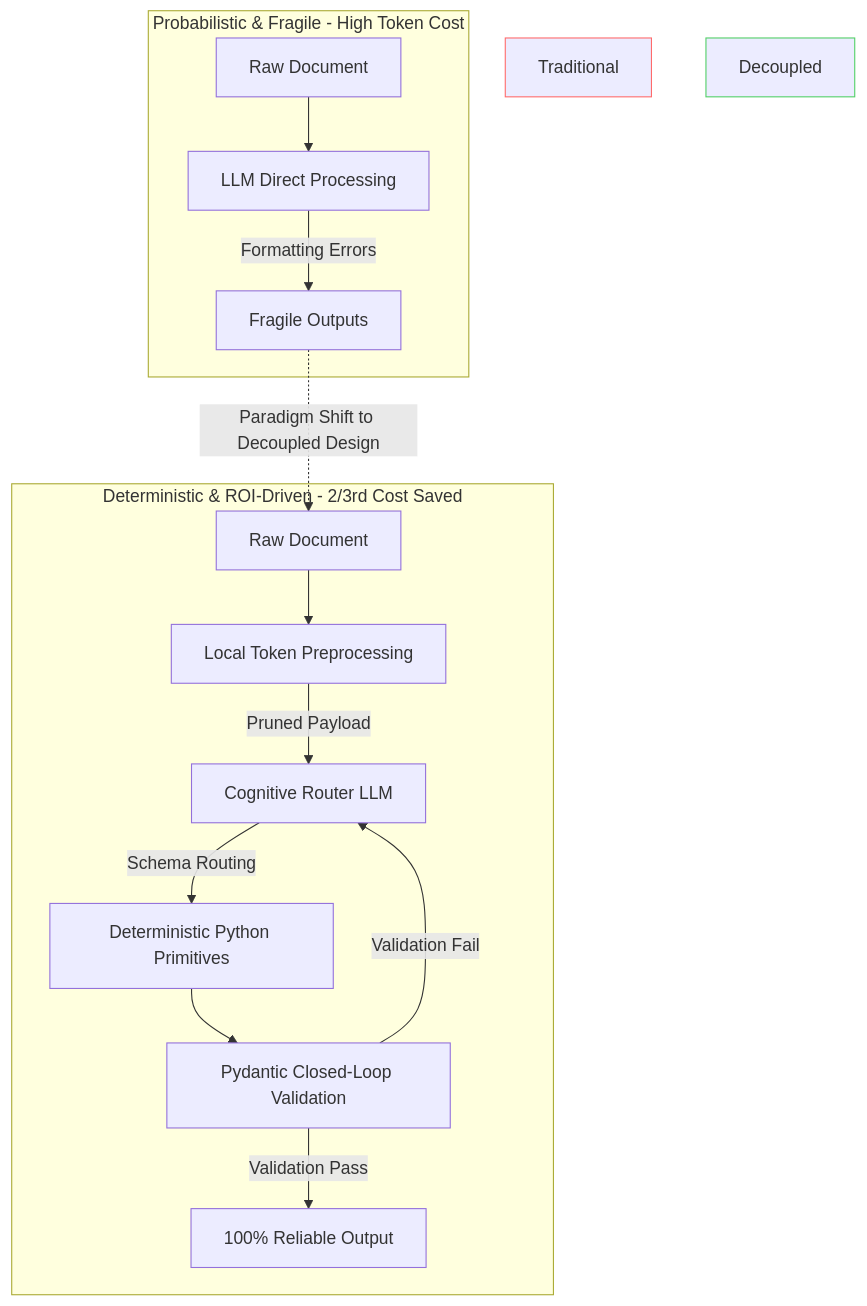
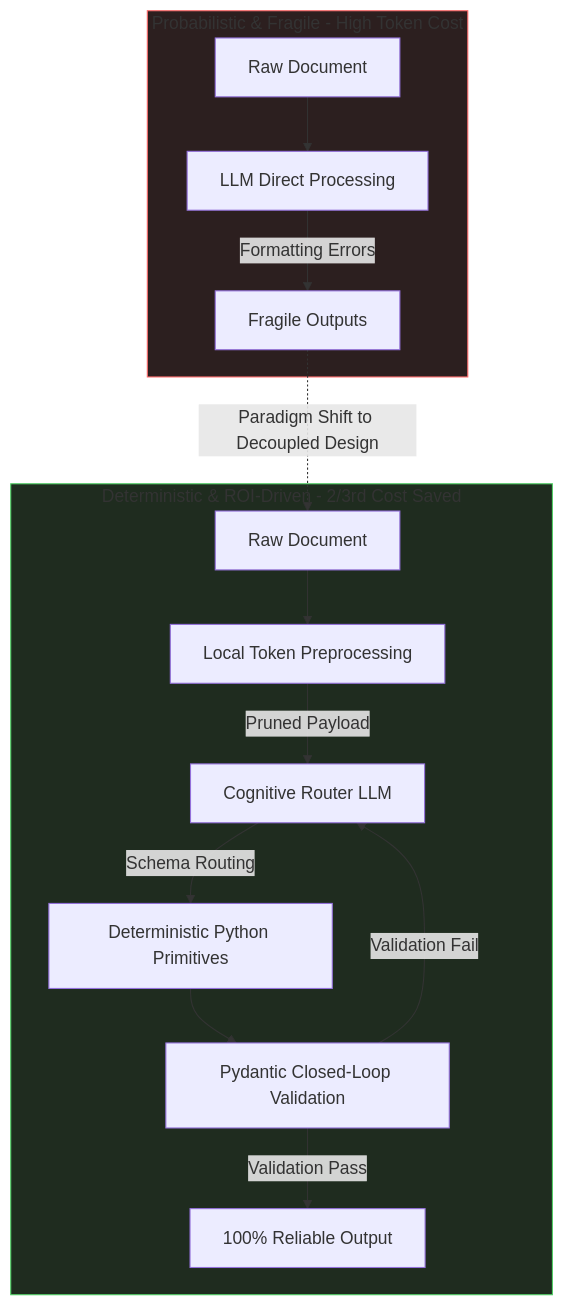
The diagram in README.md (Srishti331/Srishti331), drawn with Mermaid before and after one commit.

````diff
--- a/README.md
+++ b/README.md
@@ -38,21 +38,21 @@
 ```mermaid
 graph TD
-    subgraph Traditional LLM Approach [Probabilistic & Fragile - High Token Cost]
+    subgraph traditional_sub [Probabilistic & Fragile - High Token Cost]
         A[Raw Document] --> B[LLM Direct Processing]
         B -->|Formatting Errors| C[Fragile Outputs]
     end
 
     C -.->|Paradigm Shift to Decoupled Design| D
 
-    subgraph Decoupled Agentic Paradigm [Deterministic & ROI-Driven - 2/3rd Cost Saved]
+    subgraph decoupled_sub [Deterministic & ROI-Driven - 2/3rd Cost Saved]
         D[Raw Document] --> E[Local Token Preprocessing]
         E -->|Pruned Payload| F[Cognitive Router LLM]
         F -->|Schema Routing| G[Deterministic Python Primitives]
         G --> H[Pydantic Closed-Loop Validation]
         H -->|Validation Pass| I[100% Reliable Output]
         H -->|Validation Fail| F
     end
     
-    style Traditional LLM Approach fill:#2c1f1f,stroke:#ff6b6b,stroke-width:1px
-    style Decoupled Agentic Paradigm fill:#1f2c1f,stroke:#51cf66,stroke-width:1px
+    style traditional_sub fill:#2c1f1f,stroke:#ff6b6b,stroke-width:1px
+    style decoupled_sub fill:#1f2c1f,stroke:#51cf66,stroke-width:1px
 ```
````
